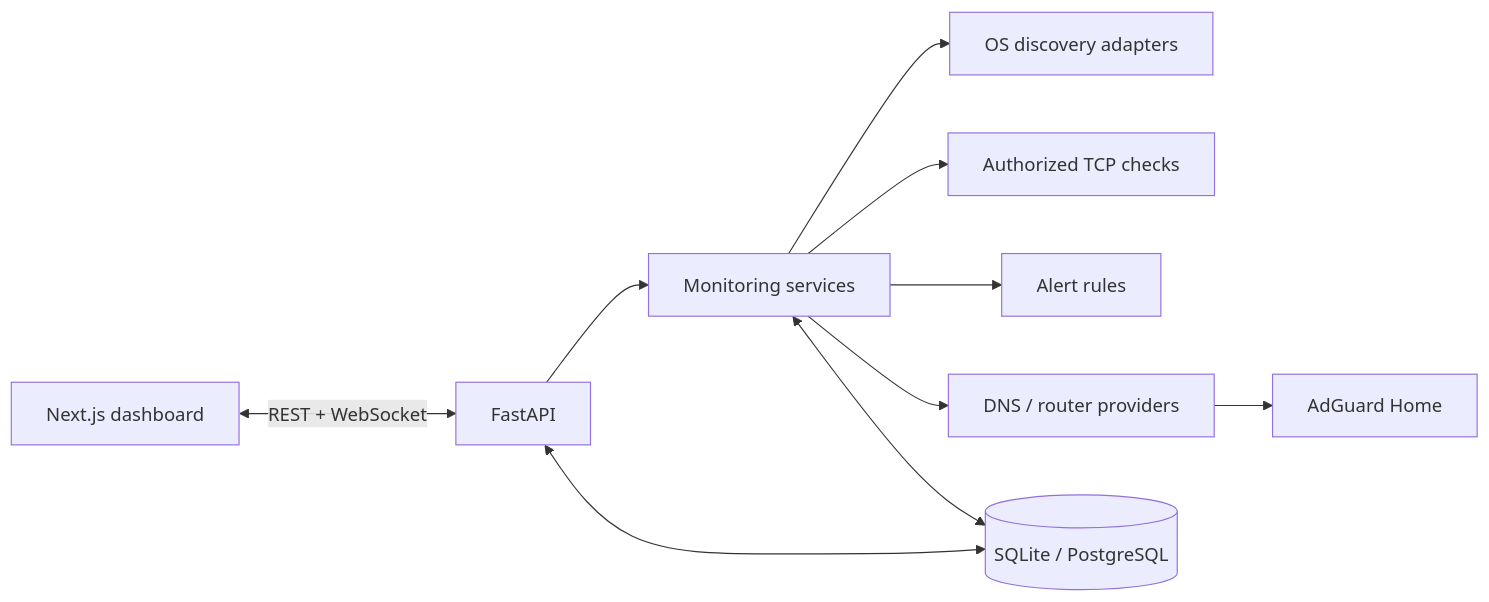
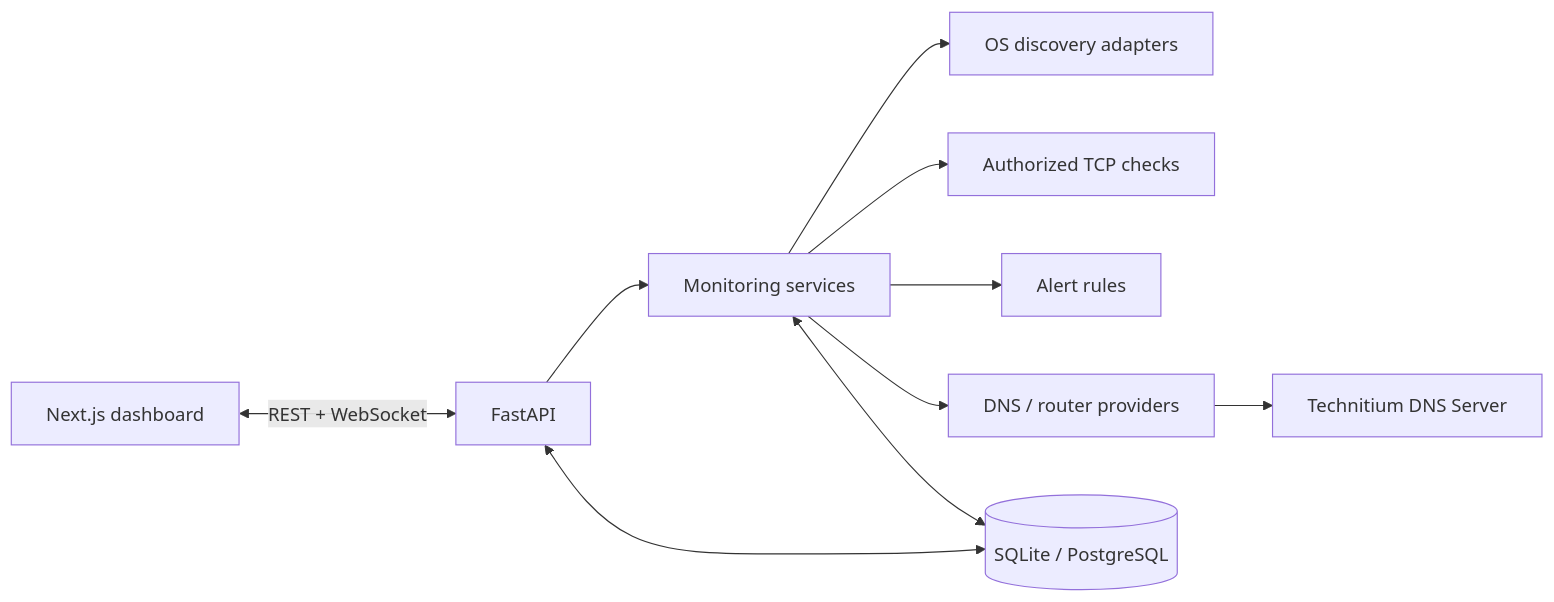
One commit to DinisIvanetsD/netwatch changed the diagram in README.md. Above: the diagram before and after it, drawn with Mermaid. The commit also changed other lines of this file and 36 other files, not shown here.

Commit message:
feat: replace AdGuard with Technitium DNS

````diff
--- a/README.md
+++ b/README.md
@@ -42,12 +42,12 @@
 ```mermaid
 flowchart LR
     UI[Next.js dashboard] <-->|REST + WebSocket| API[FastAPI]
     API --> Services[Monitoring services]
     Services --> Discovery[OS discovery adapters]
     Services --> Scanner[Authorized TCP checks]
     Services --> Alerts[Alert rules]
     Services --> Providers[DNS / router providers]
-    Providers --> AdGuard[AdGuard Home]
+    Providers --> Technitium[Technitium DNS Server]
     API <--> DB[(SQLite / PostgreSQL)]
     Services <--> DB
 ```
````
